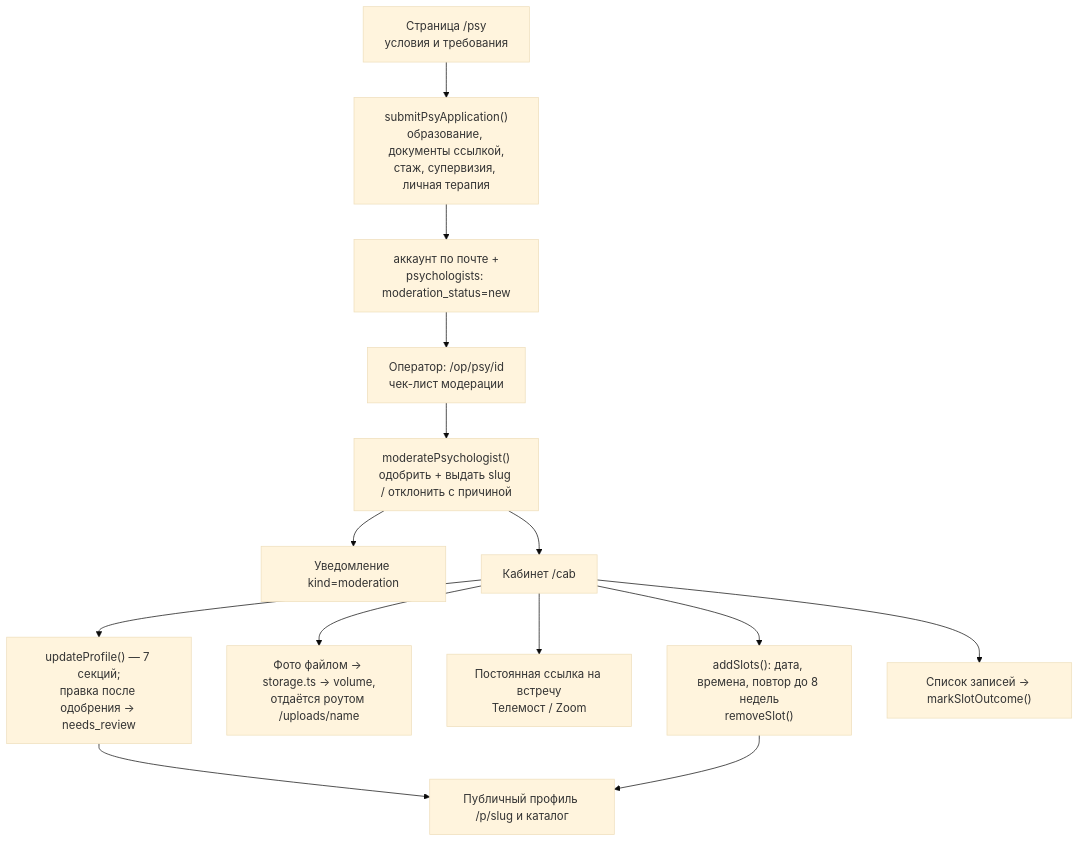
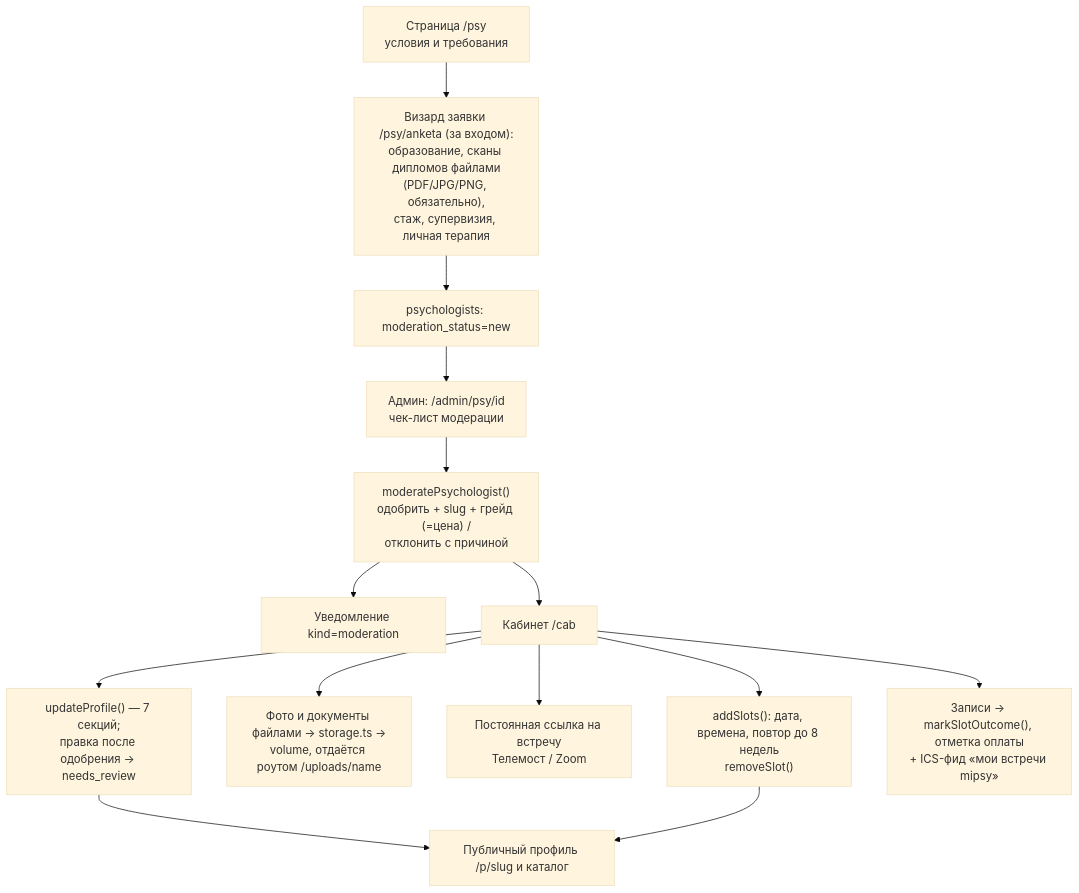
The third of 5 diagrams in docs/spec/flow.md (goosen-x/mipsy), drawn with Mermaid (base theme) before and after one commit. The commit also changed other lines of this file and 6 other files, not shown here.

````diff
--- a/docs/spec/flow.md
+++ b/docs/spec/flow.md
@@ -61,16 +63,16 @@
 ```mermaid
 flowchart TD
-  PS["Страница /psy<br/>условия и требования"] --> AP["submitPsyApplication()<br/>образование, документы ссылкой,<br/>стаж, супервизия, личная терапия"]
-  AP --> MOD["аккаунт по почте +<br/>psychologists: moderation_status=new"]
-  MOD --> OPM["Оператор: /op/psy/id<br/>чек-лист модерации"]
-  OPM --> DEC["moderatePsychologist()<br/>одобрить + выдать slug / отклонить с причиной"]
+  PS["Страница /psy<br/>условия и требования"] --> AP["Визард заявки /psy/anketa (за входом):<br/>образование, сканы дипломов файлами<br/>(PDF/JPG/PNG, обязательно),<br/>стаж, супервизия, личная терапия"]
+  AP --> MOD["psychologists: moderation_status=new"]
+  MOD --> OPM["Админ: /admin/psy/id<br/>чек-лист модерации"]
+  OPM --> DEC["moderatePsychologist()<br/>одобрить + slug + грейд (=цена) /<br/>отклонить с причиной"]
   DEC --> NT["Уведомление kind=moderation"]
   DEC --> CAB["Кабинет /cab"]
   CAB --> PR["updateProfile() — 7 секций;<br/>правка после одобрения → needs_review"]
-  CAB --> PH["Фото файлом → storage.ts → volume,<br/>отдаётся роутом /uploads/name"]
+  CAB --> PH["Фото и документы файлами → storage.ts →<br/>volume, отдаётся роутом /uploads/name"]
   CAB --> URL["Постоянная ссылка на встречу<br/>Телемост / Zoom"]
   CAB --> SL["addSlots(): дата, времена, повтор до 8 недель<br/>removeSlot()"]
-  CAB --> BOOKS["Список записей → markSlotOutcome()"]
+  CAB --> BOOKS["Записи → markSlotOutcome(), отметка оплаты<br/>+ ICS-фид «мои встречи mipsy»"]
   PR --> PUB["Публичный профиль /p/slug и каталог"]
   SL --> PUB
 ```
````
